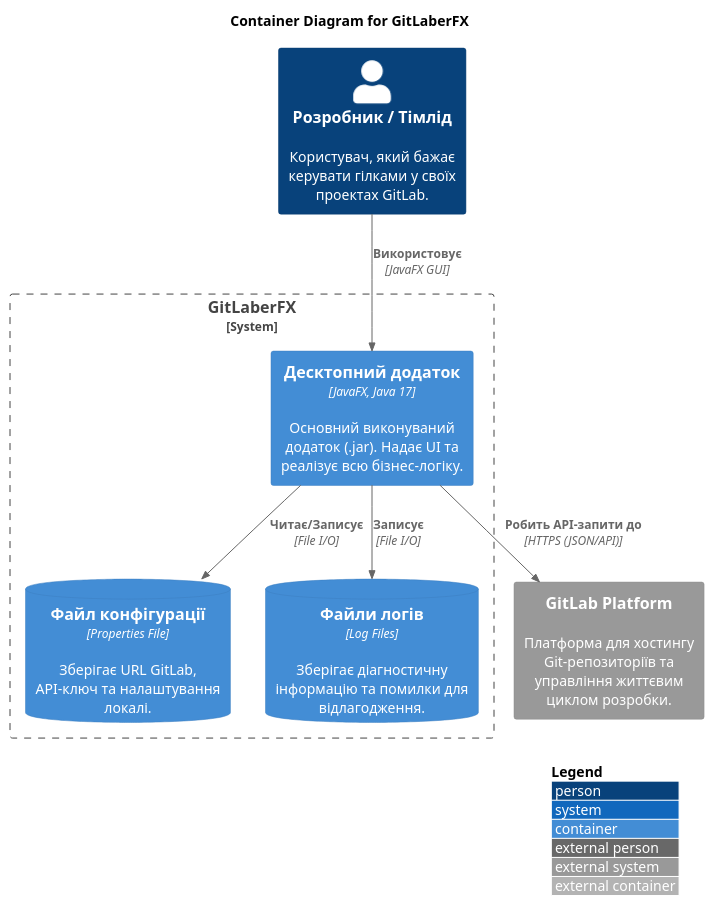
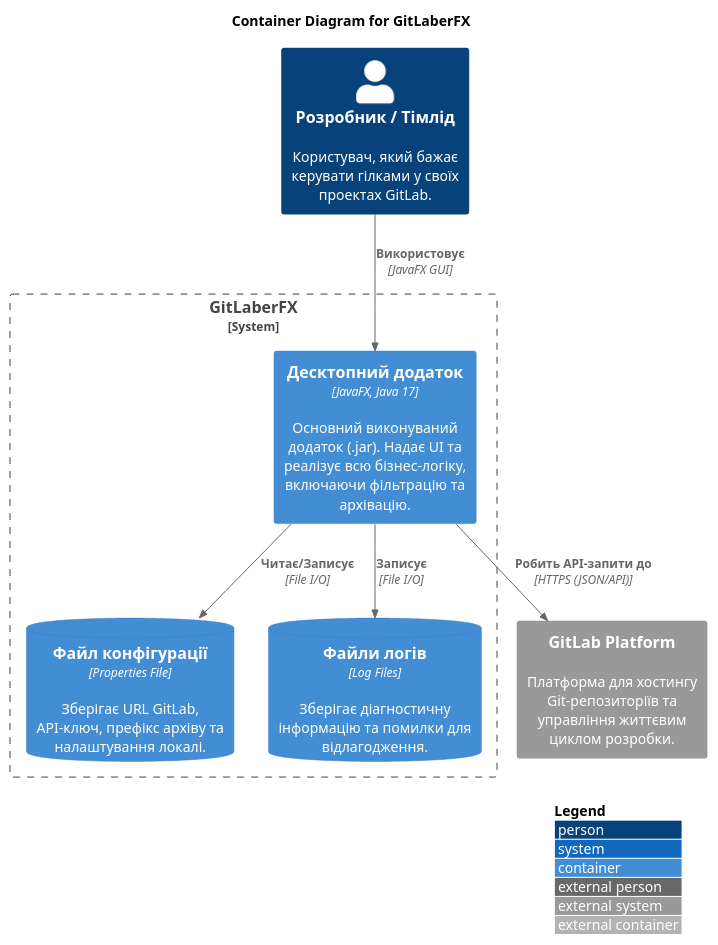
The diagram in src/main/docs/C4_container.puml (pashkazp/gitlaberfx), drawn with PlantUML before and after one commit. The commit also changed 10 other files, not shown here.

Commit message:
Remove technical spec for GitLab Branch Manager and update branch operation diagrams to include archiving functionality. Update README and documentation with support for branch archiving and filtering by regex.

```diff
--- a/src/main/docs/C4_container.puml
+++ b/src/main/docs/C4_container.puml
@@ -1,26 +1,26 @@
 @startuml
 !include <C4/C4_Container>
 
 LAYOUT_WITH_LEGEND()
 
 title Container Diagram for GitLaberFX
 
 Person(user, "Розробник / Тімлід", "Користувач, який бажає керувати гілками у своїх проектах GitLab.")
 System_Ext(gitlab, "GitLab Platform", "Платформа для хостингу Git-репозиторіїв та управління життєвим циклом розробки.")
 
 System_Boundary(c1, "GitLaberFX") {
-    Container(app, "Десктопний додаток", "JavaFX, Java 17", "Основний виконуваний додаток (.jar). Надає UI та реалізує всю бізнес-логіку.")
+    Container(app, "Десктопний додаток", "JavaFX, Java 17", "Основний виконуваний додаток (.jar). Надає UI та реалізує всю бізнес-логіку, включаючи фільтрацію та архівацію.")
 
-    ContainerDb(config, "Файл конфігурації", "Properties File", "Зберігає URL GitLab, API-ключ та налаштування локалі.")
+    ContainerDb(config, "Файл конфігурації", "Properties File", "Зберігає URL GitLab, API-ключ, префікс архіву та налаштування локалі.")
 
     ContainerDb(logs, "Файли логів", "Log Files", "Зберігає діагностичну інформацію та помилки для відлагодження.")
 }
 
 Rel(user, app, "Використовує", "JavaFX GUI")
 
 Rel(app, gitlab, "Робить API-запити до", "HTTPS (JSON/API)")
 
 Rel(app, config, "Читає/Записує", "File I/O")
 Rel(app, logs, "Записує", "File I/O")
 
 @enduml
```
